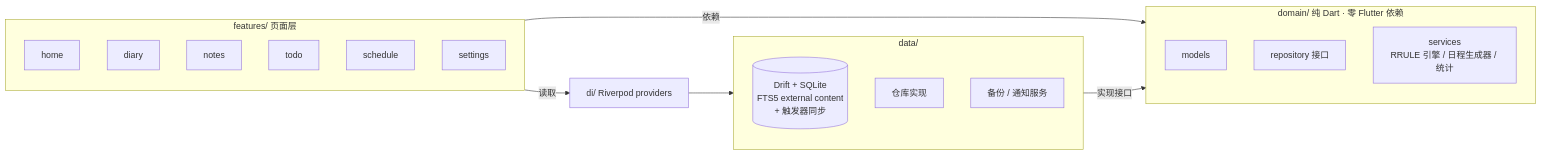
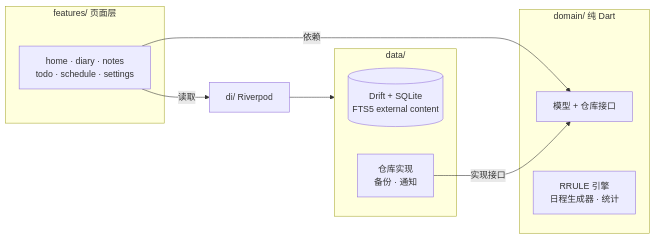
Before and after one commit to 3fa2/xiaoman-app: the diagram in README.md, drawn with Mermaid. The commit also changed other lines of this file, not shown here.

````diff
--- a/README.md
+++ b/README.md
@@ -89,27 +95,19 @@
 ```mermaid
 flowchart LR
     subgraph features["features/ 页面层"]
-        HOME[home]
-        DIARY[diary]
-        NOTES[notes]
-        TODO[todo]
-        SCHED[schedule]
-        SET[settings]
+        F[home · diary · notes<br/>todo · schedule · settings]
     end
-    subgraph domain["domain/ 纯 Dart · 零 Flutter 依赖"]
-        MODELS[models]
-        IFACE[repository 接口]
-        SVC[services<br/>RRULE 引擎 / 日程生成器 / 统计]
+    subgraph domain["domain/ 纯 Dart"]
+        M[模型 + 仓库接口]
+        S[RRULE 引擎<br/>日程生成器 · 统计]
     end
     subgraph data["data/"]
-        DB[("Drift + SQLite<br/>FTS5 external content<br/>+ 触发器同步")]
-        IMPL[仓库实现]
-        BSVC[备份 / 通知服务]
+        DB[("Drift + SQLite<br/>FTS5 external content")]
+        I[仓库实现<br/>备份 · 通知]
     end
-    PROV[di/ Riverpod providers]
-
-    features -- 依赖 --> domain
-    data -- 实现接口 --> domain
-    features -- 读取 --> PROV
-    PROV --> data
+    P[di/ Riverpod]
+    F -- 依赖 --> M
+    I -- 实现接口 --> M
+    F -- 读取 --> P
+    P --> data
 ```
````
